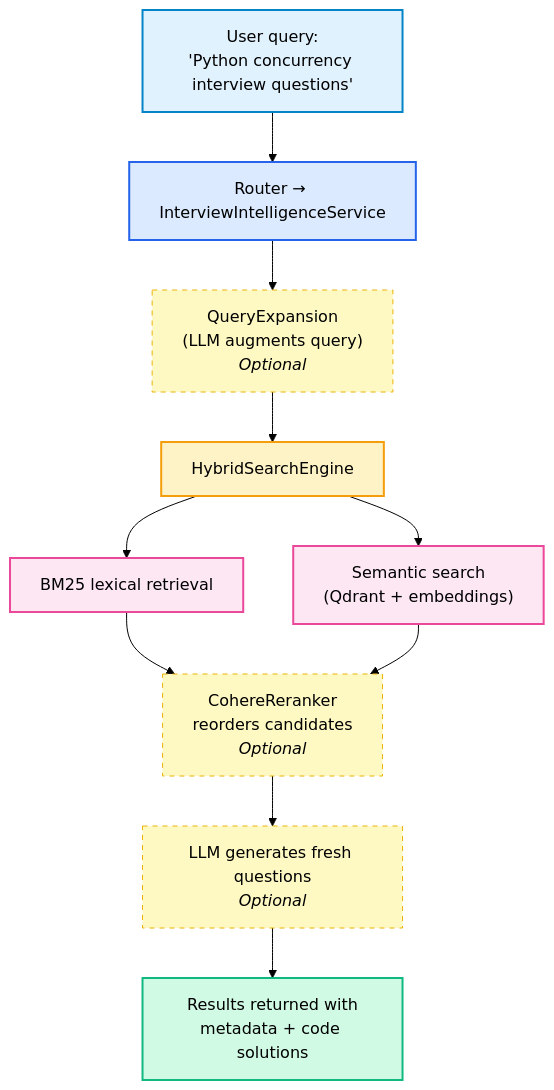
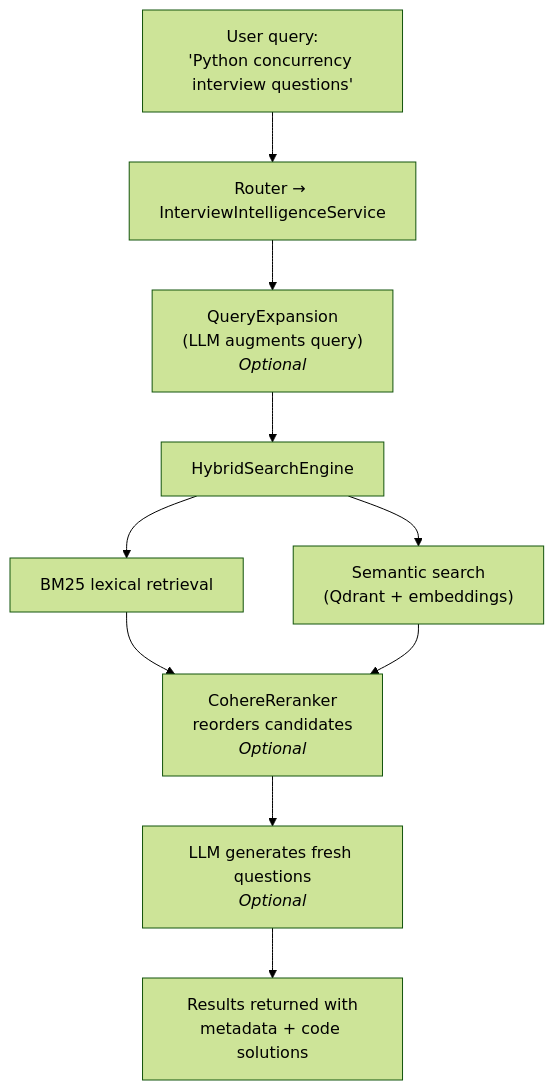
The third of 3 diagrams in Stratax_AI_Technical_Documentation.md (Varun-addh/Chat_Assistant), drawn with Mermaid (forest theme) before and after one commit. The commit also changed other lines of this file and 20 other files, not shown here.

````diff
--- a/Stratax_AI_Technical_Documentation.md
+++ b/Stratax_AI_Technical_Documentation.md
@@ -325,23 +306,13 @@
 ```mermaid
 graph TD
     Q["User query:<br/>'Python concurrency interview questions'"]
     Q --> R["Router → InterviewIntelligenceService"]
     R --> QE["QueryExpansion<br/>(LLM augments query)<br/><i>Optional</i>"]
     QE --> HS["HybridSearchEngine"]
     HS --> BM25["BM25 lexical retrieval"]
     HS --> SEM["Semantic search<br/>(Qdrant + embeddings)"]
     BM25 --> RR["CohereReranker<br/>reorders candidates<br/><i>Optional</i>"]
     SEM --> RR
     RR --> LG["LLM generates fresh questions<br/><i>Optional</i>"]
     LG --> RES["Results returned with<br/>metadata + code solutions"]
-    
-    style Q fill:#e0f2fe,stroke:#0284c7,stroke-width:2px
-    style R fill:#dbeafe,stroke:#2563eb,stroke-width:2px
-    style QE fill:#fef9c3,stroke:#eab308,stroke-width:1px,stroke-dasharray: 5 5
-    style HS fill:#fef3c7,stroke:#f59e0b,stroke-width:2px
-    style BM25 fill:#fce7f3,stroke:#ec4899,stroke-width:2px
-    style SEM fill:#fce7f3,stroke:#ec4899,stroke-width:2px
-    style RR fill:#fef9c3,stroke:#eab308,stroke-width:1px,stroke-dasharray: 5 5
-    style LG fill:#fef9c3,stroke:#eab308,stroke-width:1px,stroke-dasharray: 5 5
-    style RES fill:#d1fae5,stroke:#10b981,stroke-width:2px
 ```
````
